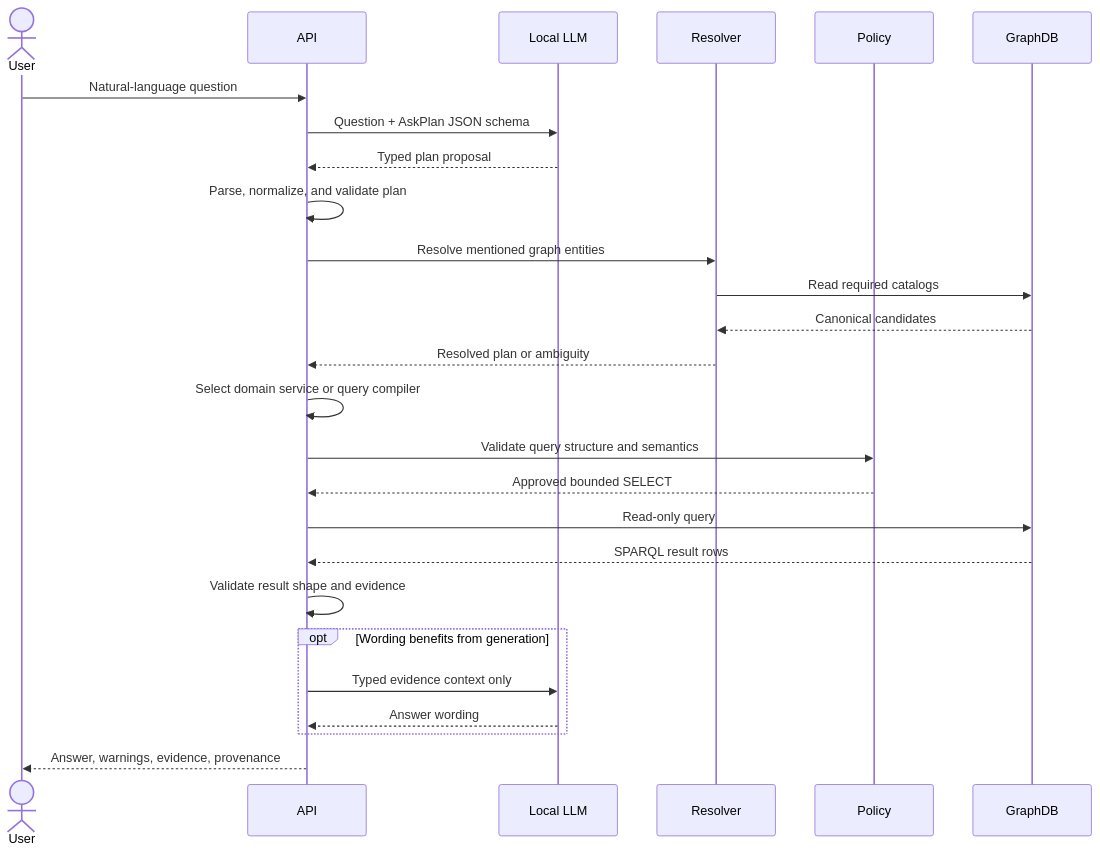
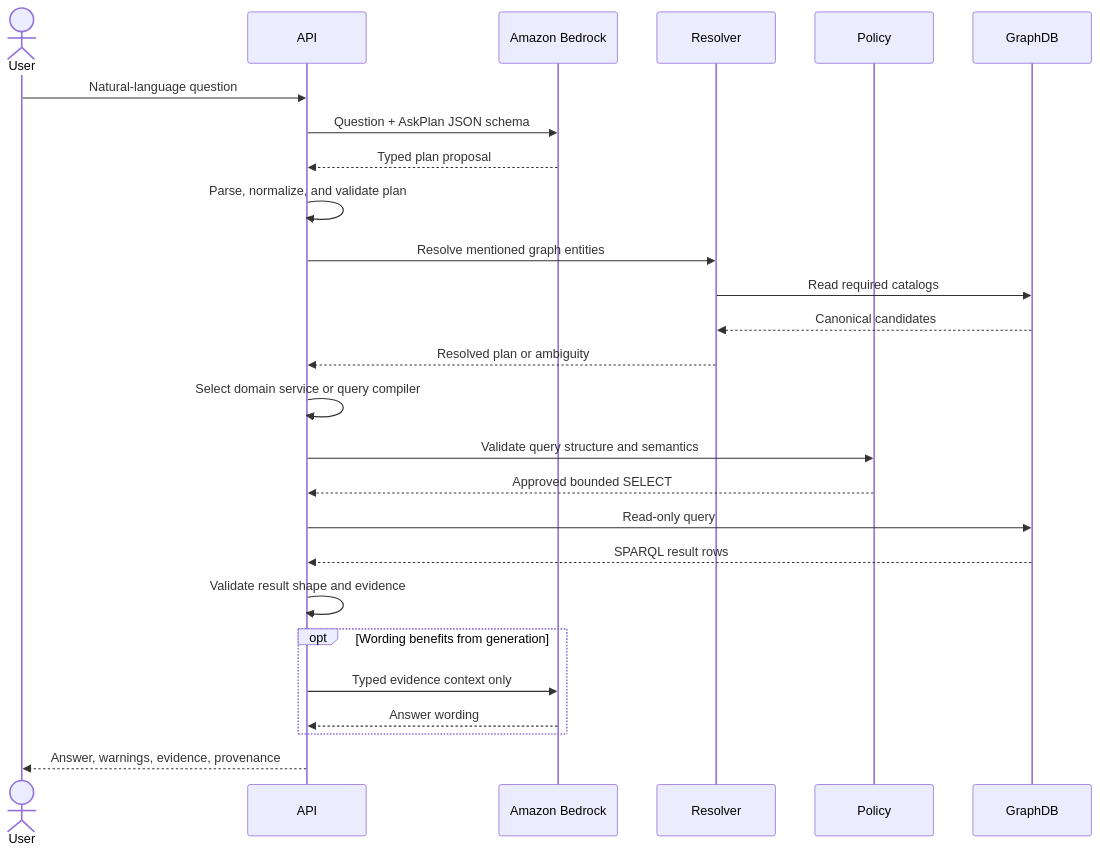
The second of 2 diagrams in ARCHITECTURE.md (SkIym/SakunaGraPH), drawn with Mermaid before and after one commit. The commit also changed other lines of this file and 15 other files, not shown here.

````diff
--- a/ARCHITECTURE.md
+++ b/ARCHITECTURE.md
@@ -111,29 +111,29 @@
 ```mermaid
 sequenceDiagram
     actor User
     participant API
-    participant LLM as Local LLM
+    participant LLM as Amazon Bedrock
     participant Resolver
     participant Policy
     participant GraphDB
 
     User->>API: Natural-language question
     API->>LLM: Question + AskPlan JSON schema
     LLM-->>API: Typed plan proposal
     API->>API: Parse, normalize, and validate plan
     API->>Resolver: Resolve mentioned graph entities
     Resolver->>GraphDB: Read required catalogs
     GraphDB-->>Resolver: Canonical candidates
     Resolver-->>API: Resolved plan or ambiguity
     API->>API: Select domain service or query compiler
     API->>Policy: Validate query structure and semantics
     Policy-->>API: Approved bounded SELECT
     API->>GraphDB: Read-only query
     GraphDB-->>API: SPARQL result rows
     API->>API: Validate result shape and evidence
     opt Wording benefits from generation
         API->>LLM: Typed evidence context only
         LLM-->>API: Answer wording
     end
     API-->>User: Answer, warnings, evidence, provenance
 ```
````
